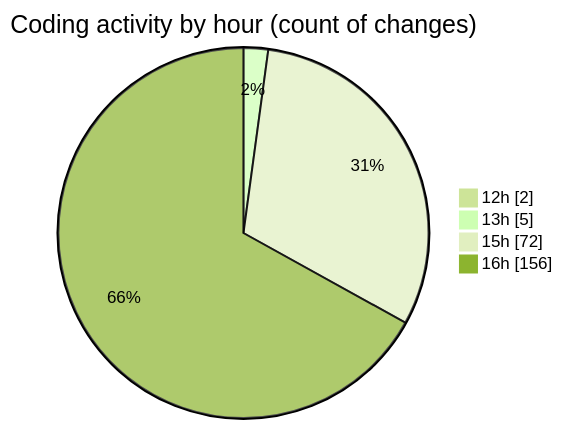
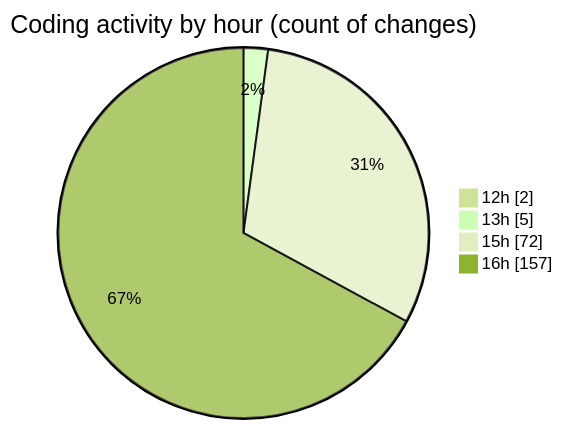
One commit to EIIisD/code-tracking changed the second of 2 diagrams in 2025-07-12/fish/README.md. Above: the diagram before and after it, drawn with Mermaid (forest theme). The commit also changed other lines of this file and 1 other file, not shown here.

````diff
--- a/2025-07-12/fish/README.md
+++ b/2025-07-12/fish/README.md
@@ -153,8 +153,8 @@
 ```mermaid
 pie showData
 title Coding activity by hour (count of changes)
 "12h" : 2
 "13h" : 5
 "15h" : 72
-"16h" : 156
+"16h" : 157
 ```
````
